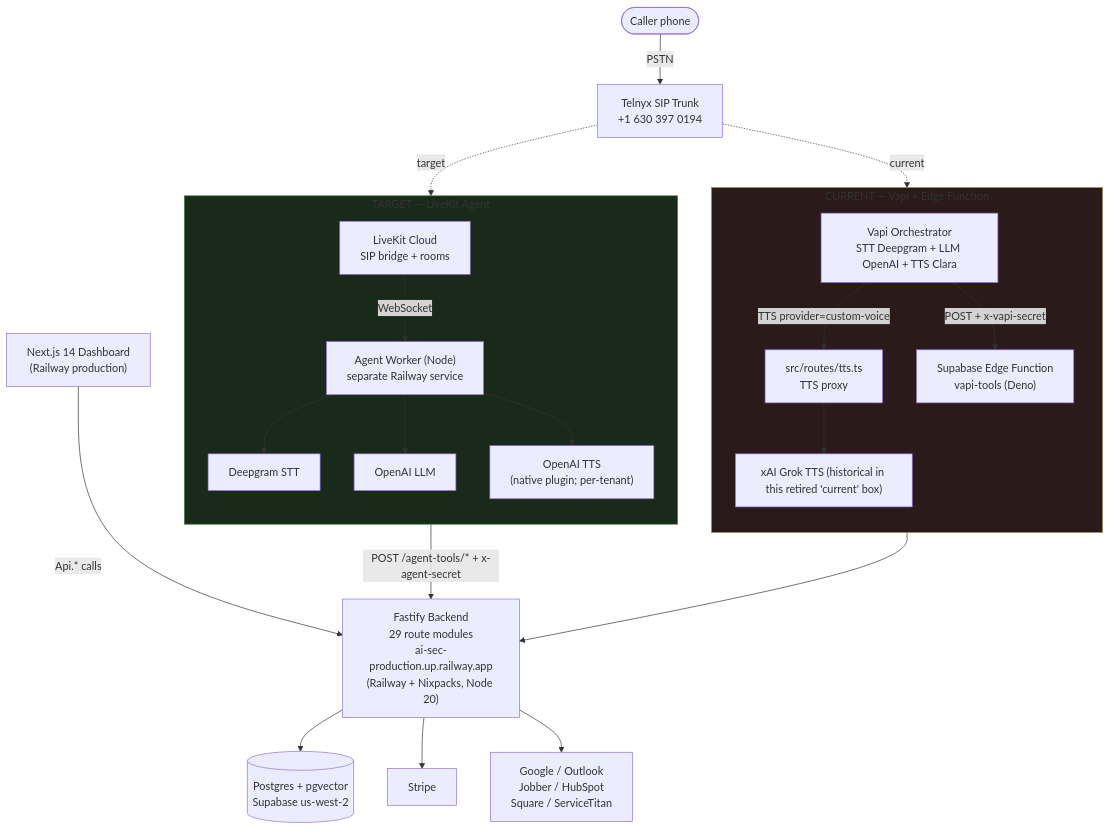
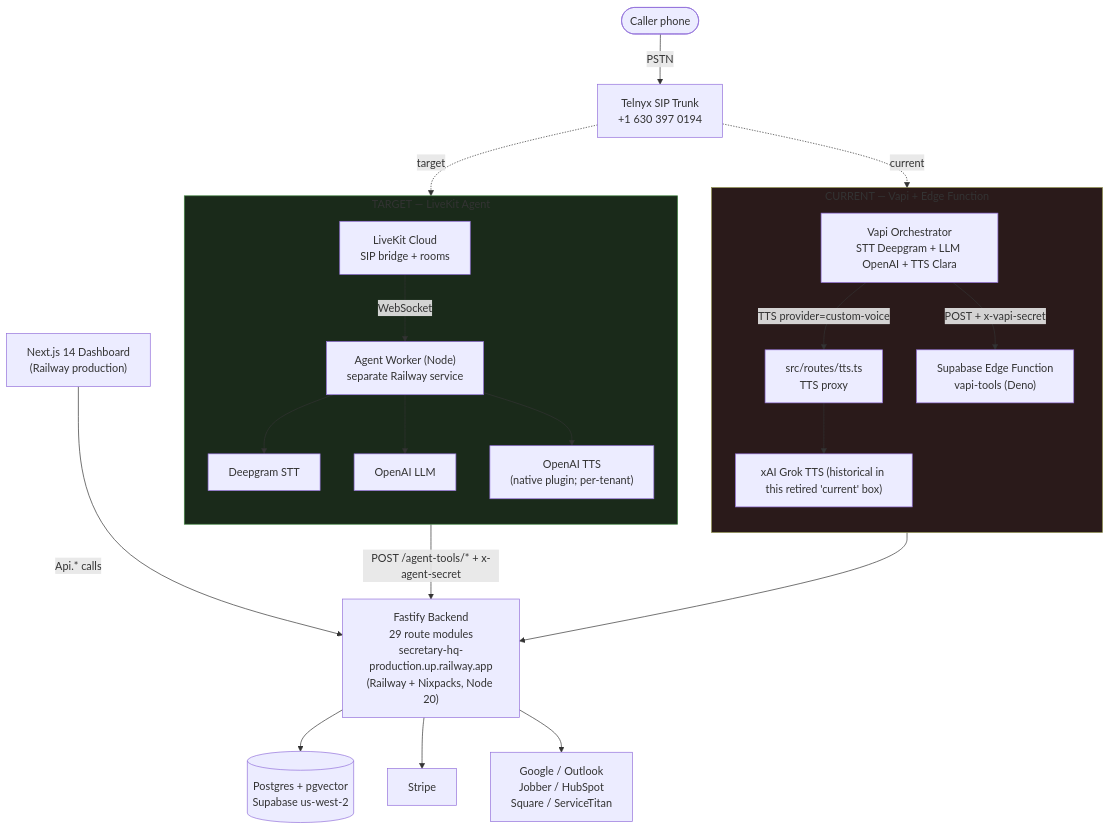
One commit to ddemott/ai-sec changed the diagram in docs/diagrams/01-deployment-topology.mmd. Above: the diagram before and after it, drawn with Mermaid. The commit also changed 62 other files, not shown here.

```diff
--- a/docs/diagrams/01-deployment-topology.mmd
+++ b/docs/diagrams/01-deployment-topology.mmd
@@ -1,49 +1,49 @@
 flowchart TB
   Caller([Caller phone])
   Telnyx["Telnyx SIP Trunk<br/>+1 630 397 0194"]
   Caller -->|PSTN| Telnyx
 
   subgraph curr["CURRENT — Vapi + Edge Function"]
     direction TB
     Vapi["Vapi Orchestrator<br/>STT Deepgram + LLM OpenAI + TTS Clara"]
     TTSProxy["src/routes/tts.ts<br/>TTS proxy"]
     XAI["xAI Grok TTS (historical in this retired 'current' box)"]
     EdgeFn["Supabase Edge Function<br/>vapi-tools (Deno)"]
     Vapi -->|TTS provider=custom-voice| TTSProxy
     TTSProxy --> XAI
     Vapi -->|POST + x-vapi-secret| EdgeFn
   end
 
   subgraph tgt["TARGET — LiveKit Agent"]
     direction TB
     LiveKit["LiveKit Cloud<br/>SIP bridge + rooms"]
     Agent["Agent Worker (Node)<br/>separate Railway service"]
     DG["Deepgram STT"]
     OAI["OpenAI LLM"]
     TTSNative["OpenAI TTS<br/>(native plugin; per-tenant)"]
     LiveKit -->|WebSocket| Agent
     Agent --> DG
     Agent --> OAI
     Agent --> TTSNative
   end
 
   Telnyx -.current.-> Vapi
   Telnyx -.target.-> LiveKit
 
-  Fastify["Fastify Backend<br/>29 route modules<br/>ai-sec-production.up.railway.app<br/>(Railway + Nixpacks, Node 20)"]
+  Fastify["Fastify Backend<br/>29 route modules<br/>secretary-hq-production.up.railway.app<br/>(Railway + Nixpacks, Node 20)"]
 
   EdgeFn --> Fastify
   Agent -->|POST /agent-tools/* + x-agent-secret| Fastify
 
   Postgres[("Postgres + pgvector<br/>Supabase us-west-2")]
   Stripe["Stripe"]
   Integrations["Google / Outlook<br/>Jobber / HubSpot<br/>Square / ServiceTitan"]
   Dashboard["Next.js 14 Dashboard<br/>(Railway production)"]
 
   Fastify --> Postgres
   Fastify --> Stripe
   Fastify --> Integrations
   Dashboard -->|Api.* calls| Fastify
 
   style curr fill:#2a1a1a,stroke:#884
   style tgt fill:#1a2a1a,stroke:#484
```
